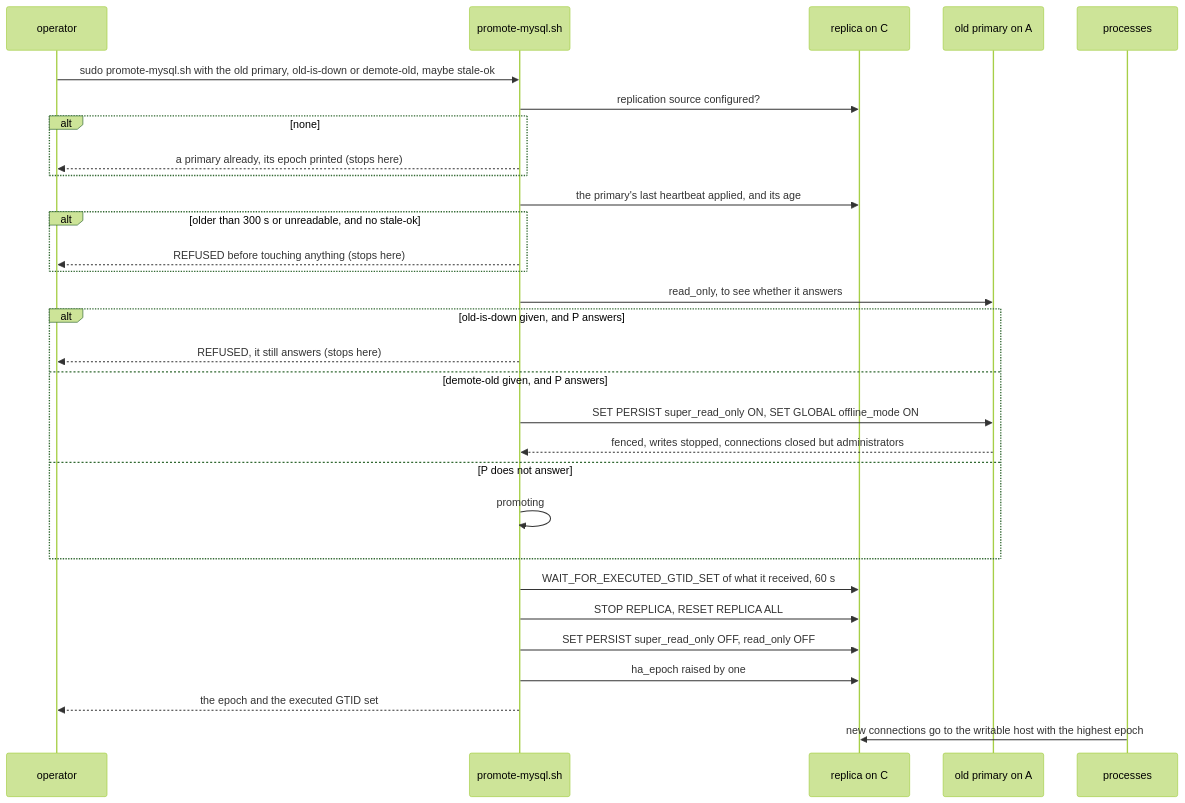
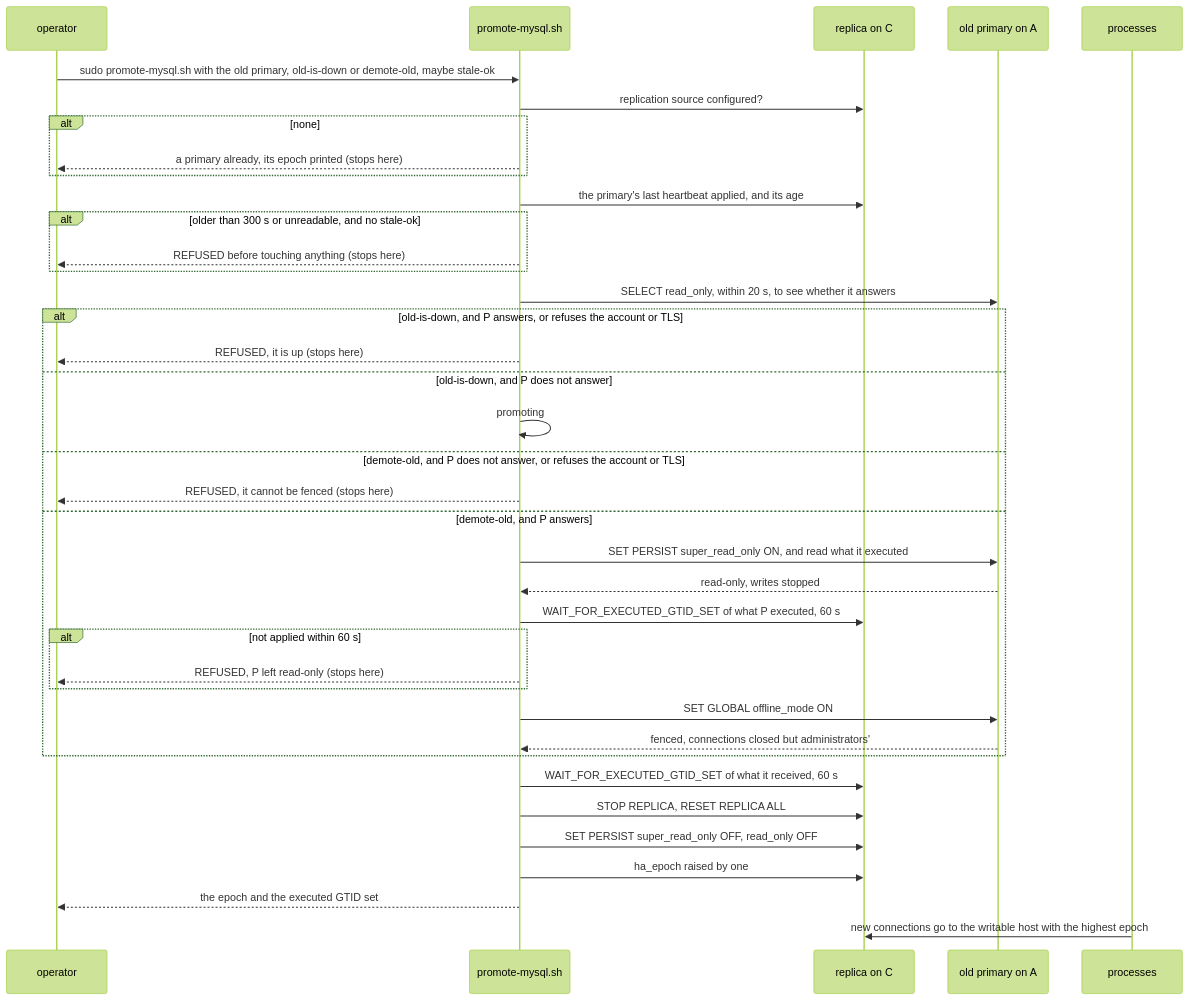
One commit to greensoft-atom/depio-simulation-platform changed the seventh of 9 diagrams in docs/diagrams/07-deploy-and-operations.md. Above: the diagram before and after it, drawn with Mermaid (forest theme). The commit also changed other lines of this file and 121 other files, not shown here.

````diff
--- a/docs/diagrams/07-deploy-and-operations.md
+++ b/docs/diagrams/07-deploy-and-operations.md
@@ -290,32 +337,40 @@
 ```mermaid
 sequenceDiagram
     participant O as operator
     participant S as promote-mysql.sh
     participant R as replica on C
     participant P as old primary on A
     participant K as processes
     O->>S: sudo promote-mysql.sh with the old primary, old-is-down or demote-old, maybe stale-ok
     S->>R: replication source configured?
     alt none
         S-->>O: a primary already, its epoch printed (stops here)
     end
     S->>R: the primary's last heartbeat applied, and its age
     alt older than 300 s or unreadable, and no stale-ok
         S-->>O: REFUSED before touching anything (stops here)
     end
-    S->>P: read_only, to see whether it answers
-    alt old-is-down given, and P answers
-        S-->>O: REFUSED, it still answers (stops here)
-    else demote-old given, and P answers
-        S->>P: SET PERSIST super_read_only ON, SET GLOBAL offline_mode ON
-        P-->>S: fenced, writes stopped, connections closed but administrators
-    else P does not answer
+    S->>P: SELECT read_only, within 20 s, to see whether it answers
+    alt old-is-down, and P answers, or refuses the account or TLS
+        S-->>O: REFUSED, it is up (stops here)
+    else old-is-down, and P does not answer
         S->>S: promoting
+    else demote-old, and P does not answer, or refuses the account or TLS
+        S-->>O: REFUSED, it cannot be fenced (stops here)
+    else demote-old, and P answers
+        S->>P: SET PERSIST super_read_only ON, and read what it executed
+        P-->>S: read-only, writes stopped
+        S->>R: WAIT_FOR_EXECUTED_GTID_SET of what P executed, 60 s
+        alt not applied within 60 s
+            S-->>O: REFUSED, P left read-only (stops here)
+        end
+        S->>P: SET GLOBAL offline_mode ON
+        P-->>S: fenced, connections closed but administrators'
     end
     S->>R: WAIT_FOR_EXECUTED_GTID_SET of what it received, 60 s
     S->>R: STOP REPLICA, RESET REPLICA ALL
     S->>R: SET PERSIST super_read_only OFF, read_only OFF
     S->>R: ha_epoch raised by one
     S-->>O: the epoch and the executed GTID set
     K->>R: new connections go to the writable host with the highest epoch
 ```
````
